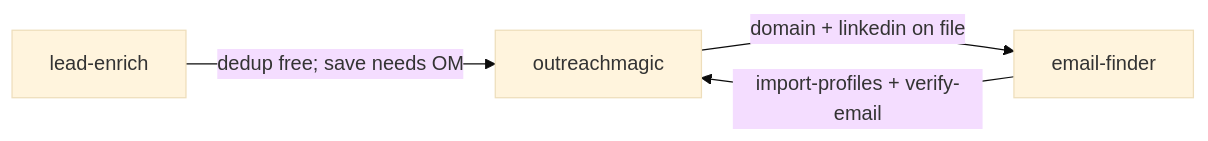
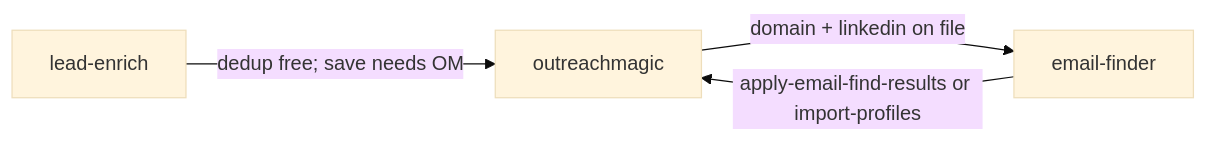
Before and after one commit to outreachmagic/outreachmagic: the diagram in docs/skill-suite.md, drawn with Mermaid (base theme). The commit also changed other lines of this file and 17 other files, not shown here.

````diff
--- a/docs/skill-suite.md
+++ b/docs/skill-suite.md
@@ -9,9 +9,9 @@
 ```mermaid
 flowchart LR
   LE[lead-enrich]
   OM[outreachmagic]
   EF[email-finder]
   LE -->|"dedup free; save needs OM"| OM
   OM -->|"domain + linkedin on file"| EF
-  EF -->|"import-profiles + verify-email"| OM
+  EF -->|"apply-email-find-results or import-profiles"| OM
 ```
````
